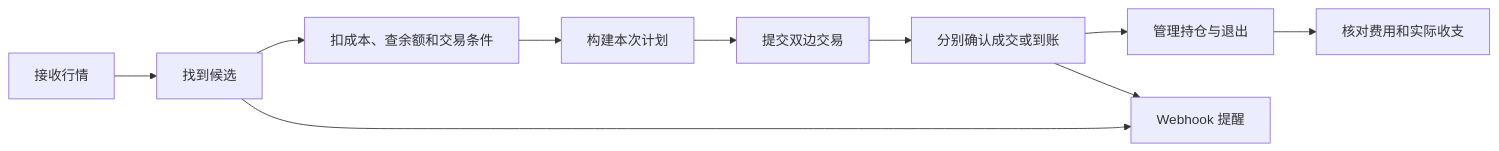
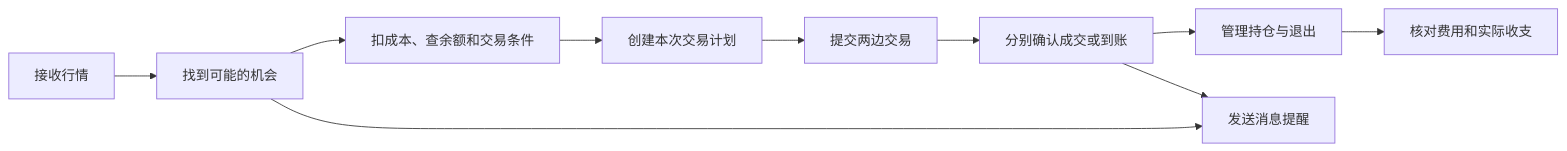
Before and after one commit to hui121315/crypto-arb: the diagram in README.md, drawn with Mermaid. The commit also changed other lines of this file and 528 other files, not shown here.

````diff
--- a/README.md
+++ b/README.md
@@ -18,12 +18,12 @@
 ```mermaid
 flowchart LR
-  A["接收行情"] --> B["找到候选"]
+  A["接收行情"] --> B["找到可能的机会"]
   B --> C["扣成本、查余额和交易条件"]
-  C --> D["构建本次计划"]
-  D --> E["提交双边交易"]
+  C --> D["创建本次交易计划"]
+  D --> E["提交两边交易"]
   E --> F["分别确认成交或到账"]
   F --> G["管理持仓与退出"]
   G --> H["核对费用和实际收支"]
-  B --> N["Webhook 提醒"]
+  B --> N["发送消息提醒"]
   F --> N
 ```
````
